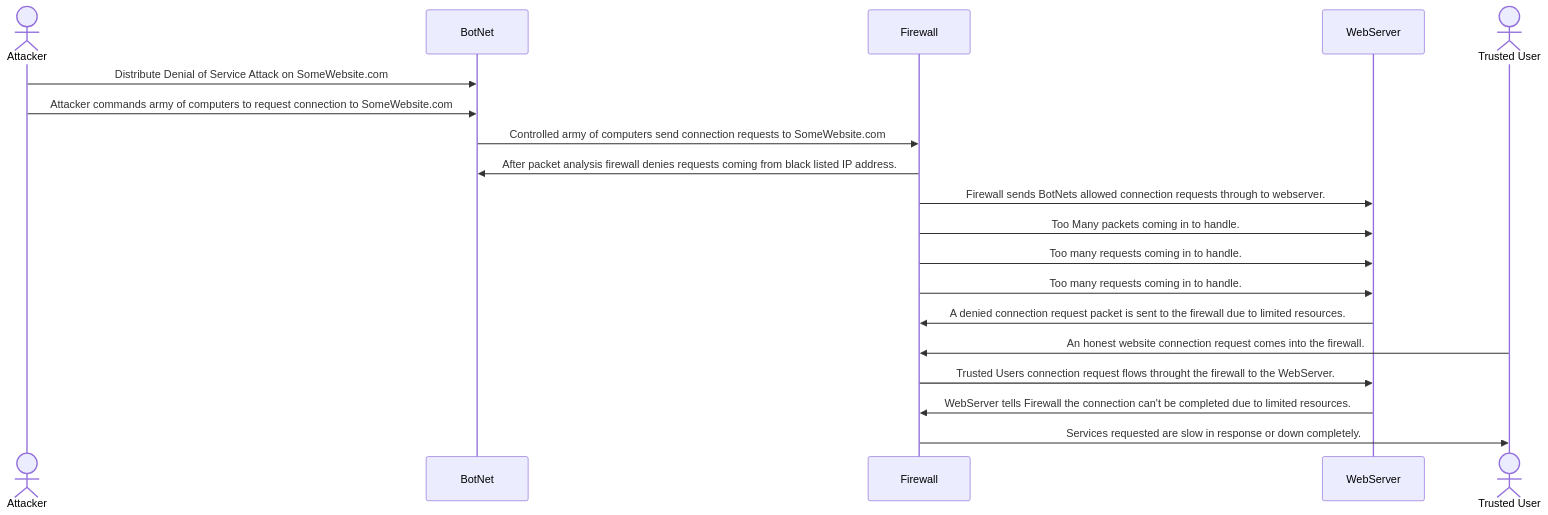
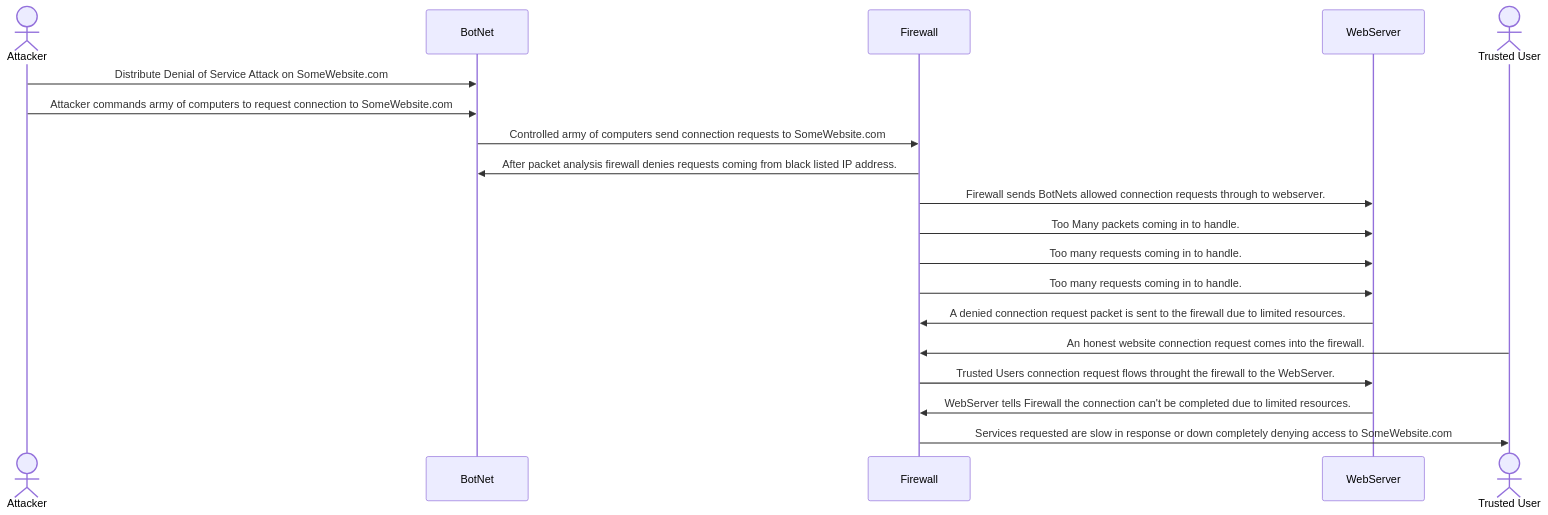
The diagram in DDoS_Attack_Sequence.md (Langston6954/Langston6954.github.io), drawn with Mermaid before and after one commit.

Commit message:
Update DDoS_Attack_Sequence.md
Finished.

````diff
--- a/DDoS_Attack_Sequence.md
+++ b/DDoS_Attack_Sequence.md
@@ -1,29 +1,29 @@
 ```mermaid
 sequenceDiagram
   actor Attacker
   participant BotNet
   participant Firewall
   participant WebServer
   actor Trusted User
   Attacker->>BotNet: Distribute Denial of Service Attack on SomeWebsite.com
   Attacker->>BotNet: Attacker commands army of computers to request connection to SomeWebsite.com
   BotNet->>Firewall: Controlled army of computers send connection requests to SomeWebsite.com
   Firewall->>BotNet: After packet analysis firewall denies requests coming from black listed IP address.
   Firewall->>WebServer: Firewall sends BotNets allowed connection requests through to webserver.
   Firewall->>WebServer: Too Many packets coming in to handle.
   Firewall->>WebServer: Too many requests coming in to handle.
   Firewall->>WebServer: Too many requests coming in to handle.
   WebServer->>Firewall: A denied connection request packet is sent to the firewall due to limited resources.
   Trusted User->>Firewall: An honest website connection request comes into the firewall.
   Firewall->>WebServer: Trusted Users connection request flows throught the firewall to the WebServer.
   WebServer->>Firewall: WebServer tells Firewall the connection can't be completed due to limited resources.
-  Firewall->>Trusted User: Services requested are slow in response or down completely.
+  Firewall->>Trusted User: Services requested are slow in response or down completely denying access to SomeWebsite.com
 
 
 
 
 
 
 
 
 ```
````
